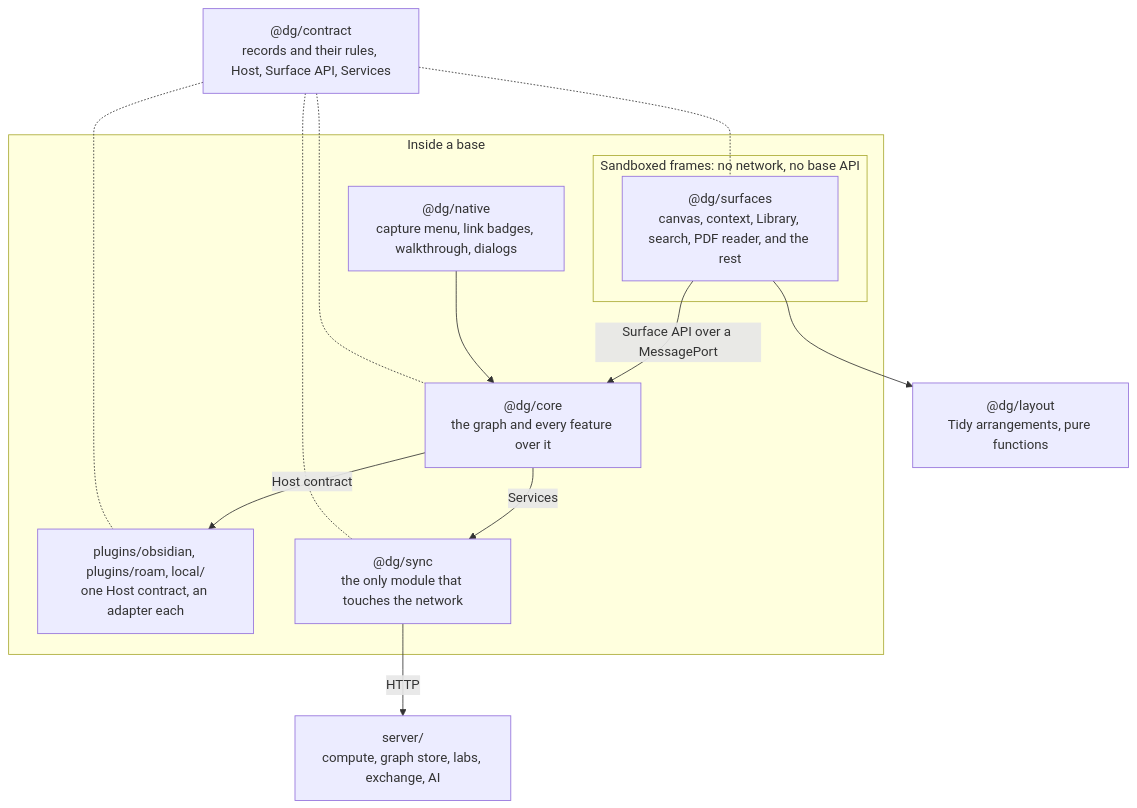
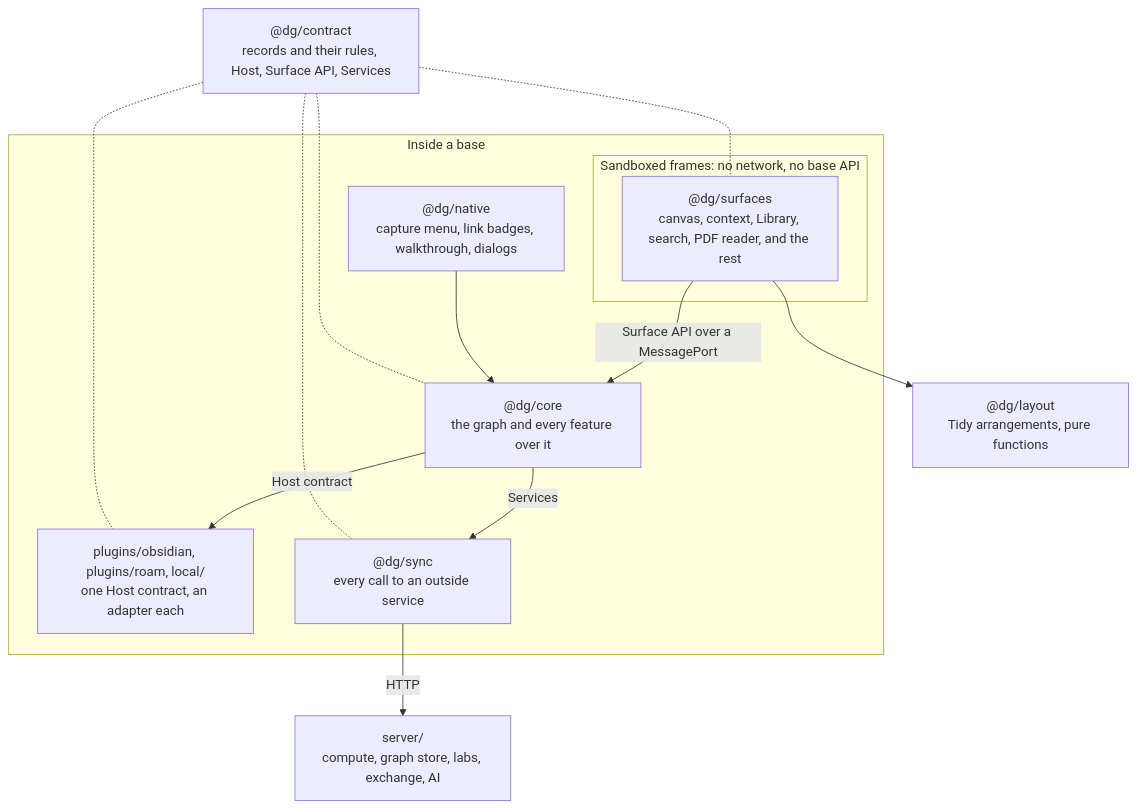
Before and after one commit to abstractary/discourse-graphs-plugins: the diagram in docs/ARCHITECTURE.md, drawn with Mermaid. The commit also changed other lines of this file and 82 other files, not shown here.

First line of the commit message:
Docs describe the software as it is; a roadmap, a strategy page and fresh pictures

````diff
--- a/docs/ARCHITECTURE.md
+++ b/docs/ARCHITECTURE.md
@@ -17,26 +19,26 @@
 ```mermaid
 flowchart TB
   subgraph base["Inside a base"]
     subgraph frames["Sandboxed frames: no network, no base API"]
       surfaces["@dg/surfaces<br/>canvas, context, Library, search, PDF reader, and the rest"]
     end
     native["@dg/native<br/>capture menu, link badges, walkthrough, dialogs"]
     core["@dg/core<br/>the graph and every feature over it"]
     adapter["plugins/obsidian, plugins/roam, local/<br/>one Host contract, an adapter each"]
-    sync["@dg/sync<br/>the only module that touches the network"]
+    sync["@dg/sync<br/>every call to an outside service"]
   end
   layout["@dg/layout<br/>Tidy arrangements, pure functions"]
   contract["@dg/contract<br/>records and their rules, Host, Surface API, Services"]
   server["server/<br/>compute, graph store, labs, exchange, AI"]
 
   surfaces -- "Surface API over a MessagePort" --> core
   surfaces --> layout
   native --> core
   core -- "Host contract" --> adapter
   core -- "Services" --> sync
   sync -- "HTTP" --> server
   contract -.- core
   contract -.- surfaces
   contract -.- sync
   contract -.- adapter
 ```
````
